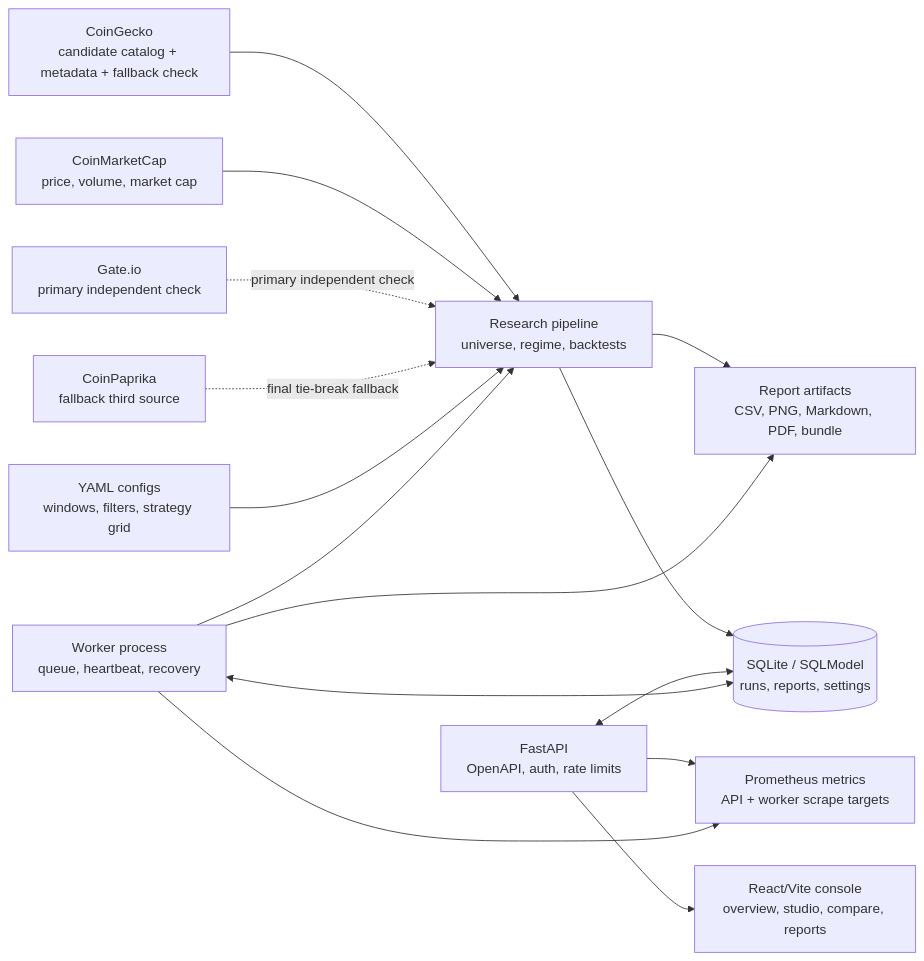
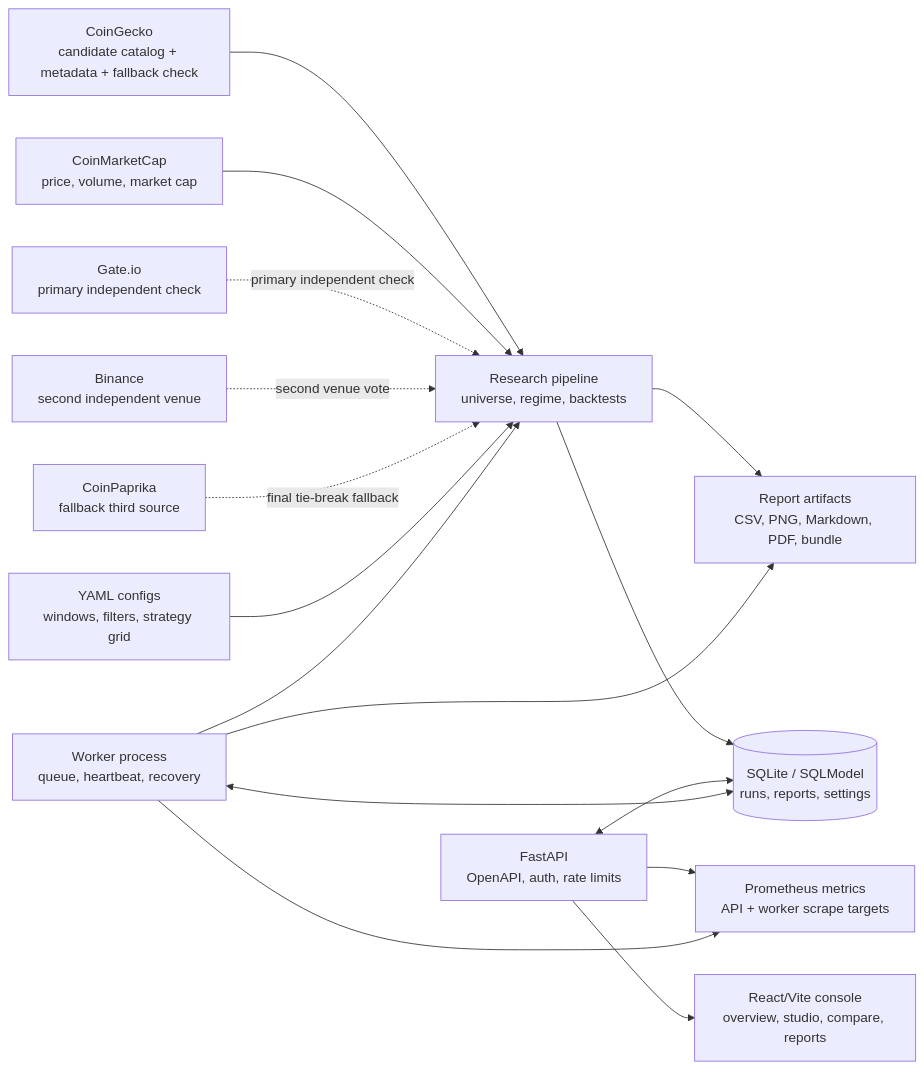
One commit to WW-shan/Atlas20 changed the diagram in README.md. Above: the diagram before and after it, drawn with Mermaid. The commit also changed other lines of this file and 92 other files, not shown here.

````diff
--- a/README.md
+++ b/README.md
@@ -44,30 +44,32 @@
 ```mermaid
 flowchart LR
     CG[CoinGecko<br/>candidate catalog + metadata + fallback check]
     CMC[CoinMarketCap<br/>price, volume, market cap]
     GATE[Gate.io<br/>primary independent check]
+    BIN[Binance<br/>second independent venue]
     CP[CoinPaprika<br/>fallback third source]
     CFG[YAML configs<br/>windows, filters, strategy grid]
     PIPE[Research pipeline<br/>universe, regime, backtests]
     DB[(SQLite / SQLModel<br/>runs, reports, settings)]
     API[FastAPI<br/>OpenAPI, auth, rate limits]
     WORKER[Worker process<br/>queue, heartbeat, recovery]
     WEB[React/Vite console<br/>overview, studio, compare, reports]
     REPORTS[Report artifacts<br/>CSV, PNG, Markdown, PDF, bundle]
     METRICS[Prometheus metrics<br/>API + worker scrape targets]
 
     CG --> PIPE
     CMC --> PIPE
     GATE -. primary independent check .-> PIPE
+    BIN -. second venue vote .-> PIPE
     CP -. final tie-break fallback .-> PIPE
     CFG --> PIPE
     PIPE --> REPORTS
     PIPE --> DB
     API <--> DB
     API --> WEB
     API --> METRICS
     WORKER <--> DB
     WORKER --> PIPE
     WORKER --> REPORTS
     WORKER --> METRICS
 ```
````
